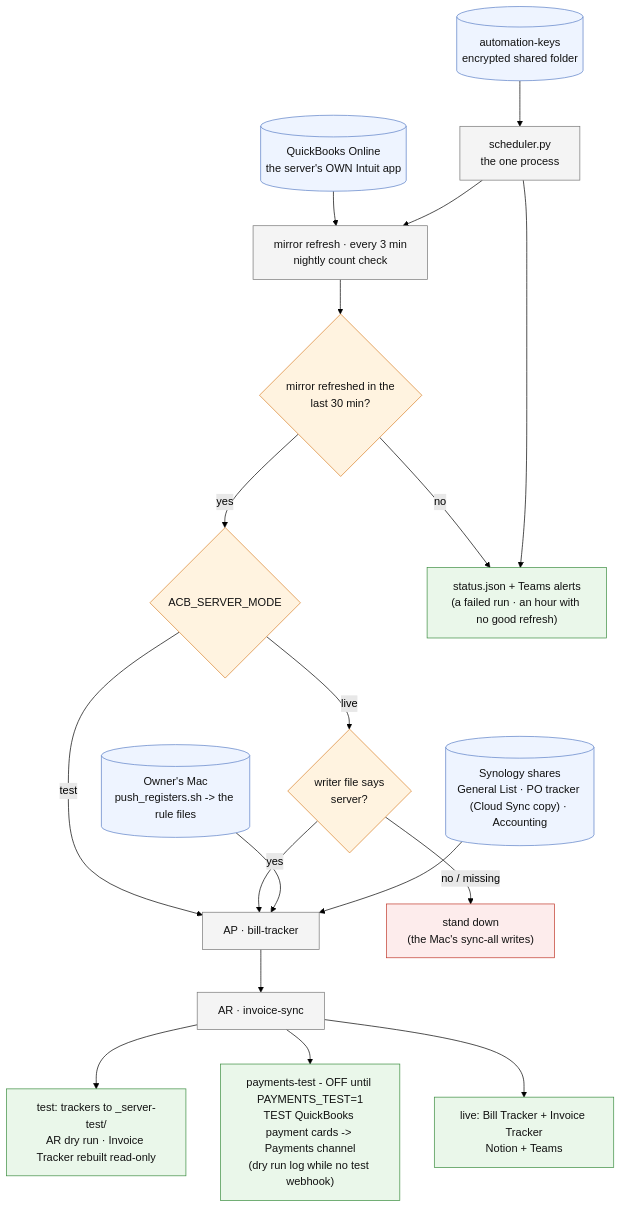
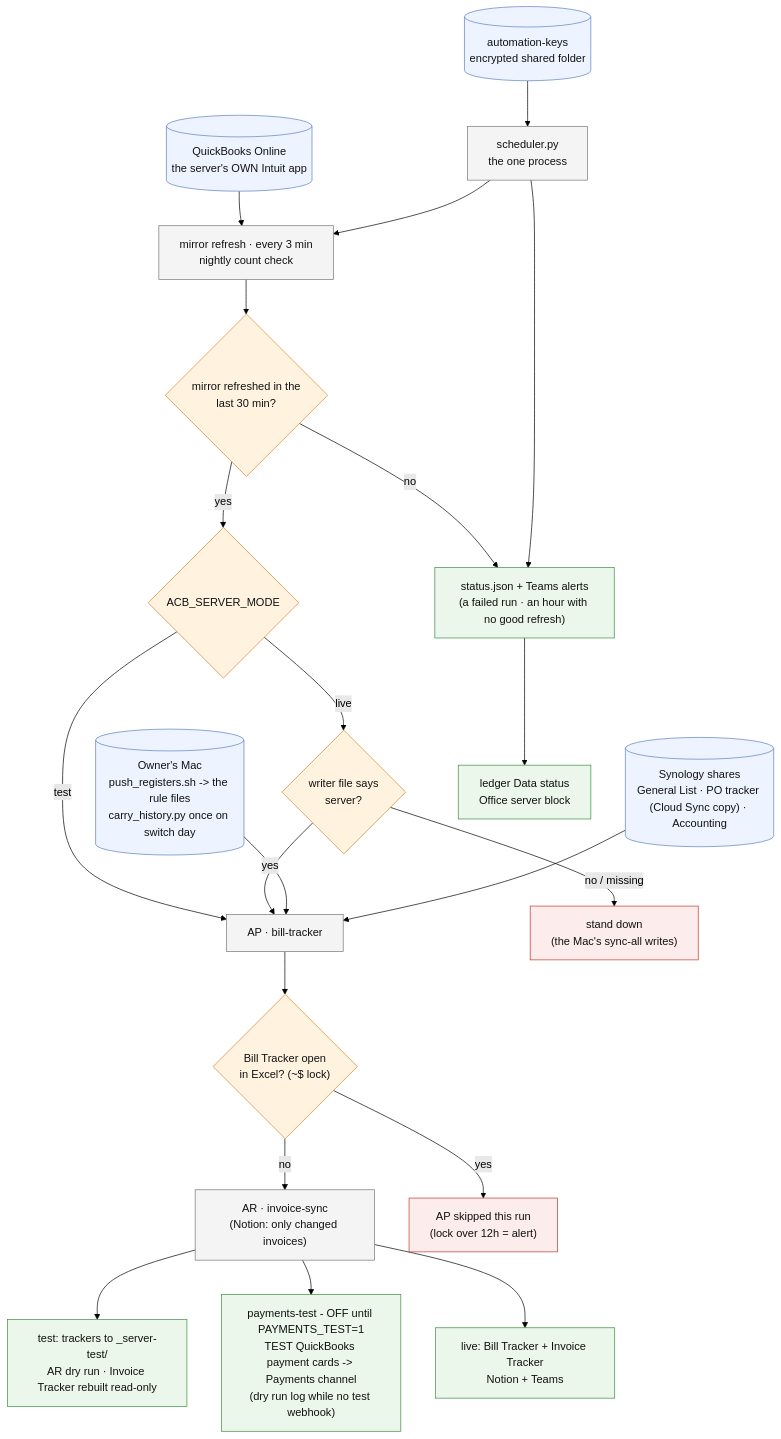
Before and after one commit to Ecarlo-Proficient/Claude-Report: the diagram in docker/FLOW.md, drawn with Mermaid (forest theme). The commit also changed other lines of this file and 17 other files, not shown here.

````diff
--- a/docker/FLOW.md
+++ b/docker/FLOW.md
@@ -9,43 +9,48 @@
 ```mermaid
 flowchart TD
     classDef src fill:#eef4ff,stroke:#5b7fc7,color:#111
     classDef tool fill:#f4f4f4,stroke:#777,color:#111
     classDef gate fill:#fff3e0,stroke:#d9822b,color:#111
     classDef out fill:#eaf7ea,stroke:#3c8d40,color:#111
     classDef stop fill:#fdecec,stroke:#c0392b,color:#111
 
     QBO[("QuickBooks Online<br/>the server's OWN Intuit app")]:::src
     KEYS[("automation-keys<br/>encrypted shared folder")]:::src
-    MAC[("Owner's Mac<br/>push_registers.sh -> the rule files")]:::src
+    MAC[("Owner's Mac<br/>push_registers.sh -> the rule files<br/>carry_history.py once on switch day")]:::src
     FILES[("Synology shares<br/>General List · PO tracker (Cloud Sync copy) · Accounting")]:::src
 
     CLOCK["scheduler.py<br/>the one process"]:::tool
     MIR["mirror refresh · every 3 min<br/>nightly count check"]:::tool
     STALE{"mirror refreshed in the<br/>last 30 min?"}:::gate
     MODE{"ACB_SERVER_MODE"}:::gate
     WRITER{"writer file says<br/>server?"}:::gate
     AP["AP · bill-tracker"]:::tool
-    AR["AR · invoice-sync"]:::tool
+    AR["AR · invoice-sync<br/>(Notion: only changed invoices)"]:::tool
+    OPEN{"Bill Tracker open<br/>in Excel? (~$ lock)"}:::gate
+    SKIPAP["AP skipped this run<br/>(lock over 12h = alert)"]:::stop
     TEST["test: trackers to _server-test/<br/>AR dry run · Invoice Tracker rebuilt read-only"]:::out
     PTEST["payments-test - OFF until PAYMENTS_TEST=1<br/>TEST QuickBooks payment cards -> Payments channel<br/>(dry run log while no test webhook)"]:::out
     LIVE["live: Bill Tracker + Invoice Tracker<br/>Notion + Teams"]:::out
     DOWN["stand down<br/>(the Mac's sync-all writes)"]:::stop
     STATUS["status.json + Teams alerts<br/>(a failed run · an hour with no good refresh)"]:::out
 
     KEYS --> CLOCK
     QBO --> MIR
     CLOCK --> MIR --> STALE
     STALE -- no --> STATUS
     STALE -- yes --> MODE
     MODE -- test --> AP
     MODE -- live --> WRITER
     WRITER -- no / missing --> DOWN
     WRITER -- yes --> AP
     MAC --> AP
     FILES --> AP
-    AP --> AR
+    AP --> OPEN
+    OPEN -- yes --> SKIPAP
+    OPEN -- no --> AR
     AR --> TEST
     AR --> PTEST
     AR --> LIVE
     CLOCK --> STATUS
+    STATUS --> LEDGER["ledger Data status<br/>Office server block"]:::out
 ```
````
